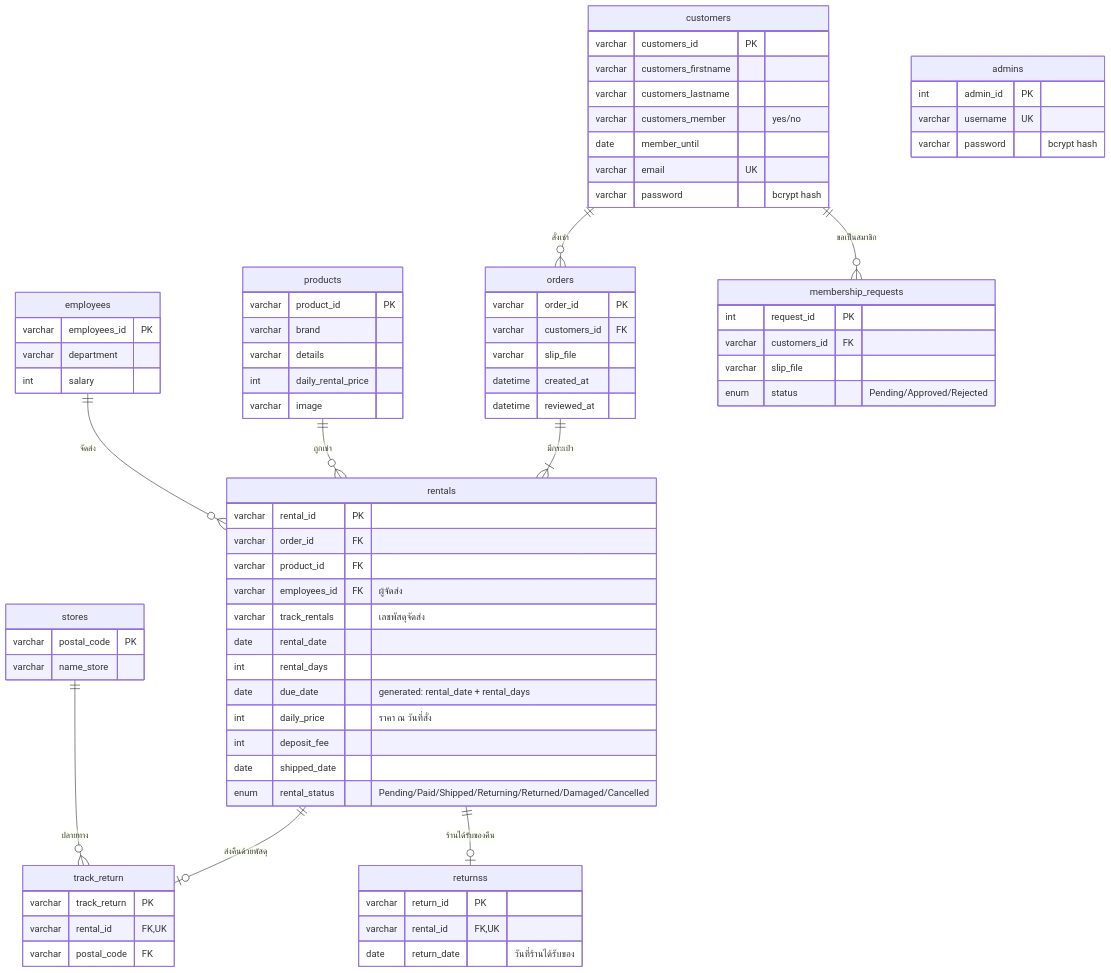
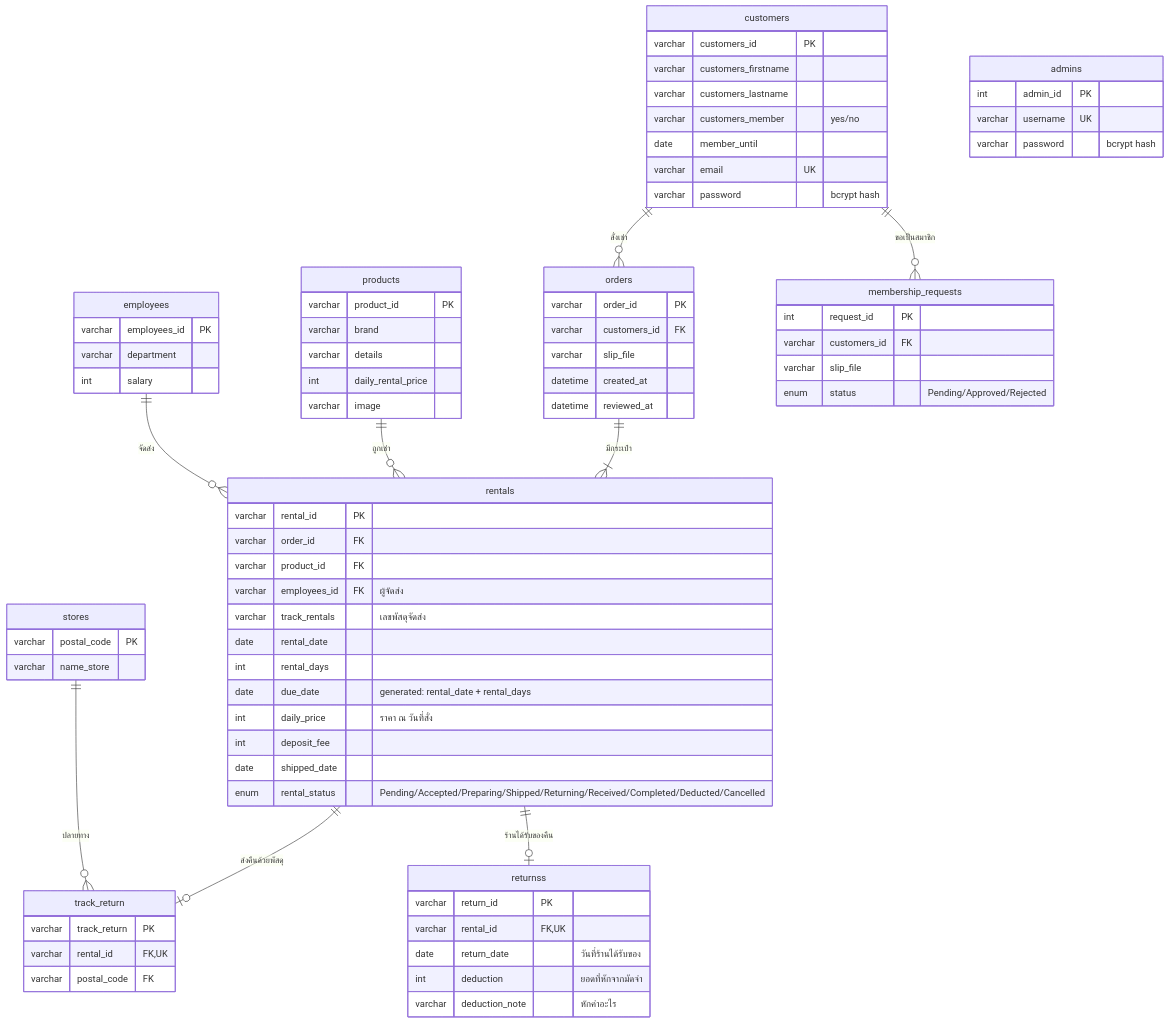
One commit to sawettamaln-s/The-Brandname-Rental changed the second of 2 diagrams in README.md. Above: the diagram before and after it, drawn with Mermaid. The commit also changed other lines of this file and 13 other files, not shown here.

````diff
--- a/README.md
+++ b/README.md
@@ -67,79 +82,81 @@
 ```mermaid
 erDiagram
     customers ||--o{ orders : "สั่งเช่า"
     orders    ||--|{ rentals : "มีกระเป๋า"
     products  ||--o{ rentals : "ถูกเช่า"
     employees ||--o{ rentals : "จัดส่ง"
     rentals   ||--o| track_return : "ส่งคืนด้วยพัสดุ"
     rentals   ||--o| returnss : "ร้านได้รับของคืน"
     stores    ||--o{ track_return : "ปลายทาง"
     customers ||--o{ membership_requests : "ขอเป็นสมาชิก"
 
     customers {
         varchar customers_id PK
         varchar customers_firstname
         varchar customers_lastname
         varchar customers_member "yes/no"
         date member_until
         varchar email UK
         varchar password "bcrypt hash"
     }
     orders {
         varchar order_id PK
         varchar customers_id FK
         varchar slip_file
         datetime created_at
         datetime reviewed_at
     }
     products {
         varchar product_id PK
         varchar brand
         varchar details
         int daily_rental_price
         varchar image
     }
     employees {
         varchar employees_id PK
         varchar department
         int salary
     }
     rentals {
         varchar rental_id PK
         varchar order_id FK
         varchar product_id FK
         varchar employees_id FK "ผู้จัดส่ง"
         varchar track_rentals "เลขพัสดุจัดส่ง"
         date rental_date
         int rental_days
         date due_date "generated: rental_date + rental_days"
         int daily_price "ราคา ณ วันที่สั่ง"
         int deposit_fee
         date shipped_date
-        enum rental_status "Pending/Paid/Shipped/Returning/Returned/Damaged/Cancelled"
+        enum rental_status "Pending/Accepted/Preparing/Shipped/Returning/Received/Completed/Deducted/Cancelled"
     }
     track_return {
         varchar track_return PK
         varchar rental_id FK,UK
         varchar postal_code FK
     }
     returnss {
         varchar return_id PK
         varchar rental_id FK,UK
         date return_date "วันที่ร้านได้รับของ"
+        int deduction "ยอดที่หักจากมัดจำ"
+        varchar deduction_note "หักค่าอะไร"
     }
     stores {
         varchar postal_code PK
         varchar name_store
     }
     membership_requests {
         int request_id PK
         varchar customers_id FK
         varchar slip_file
         enum status "Pending/Approved/Rejected"
     }
     admins {
         int admin_id PK
         varchar username UK
         varchar password "bcrypt hash"
     }
 ```
````
